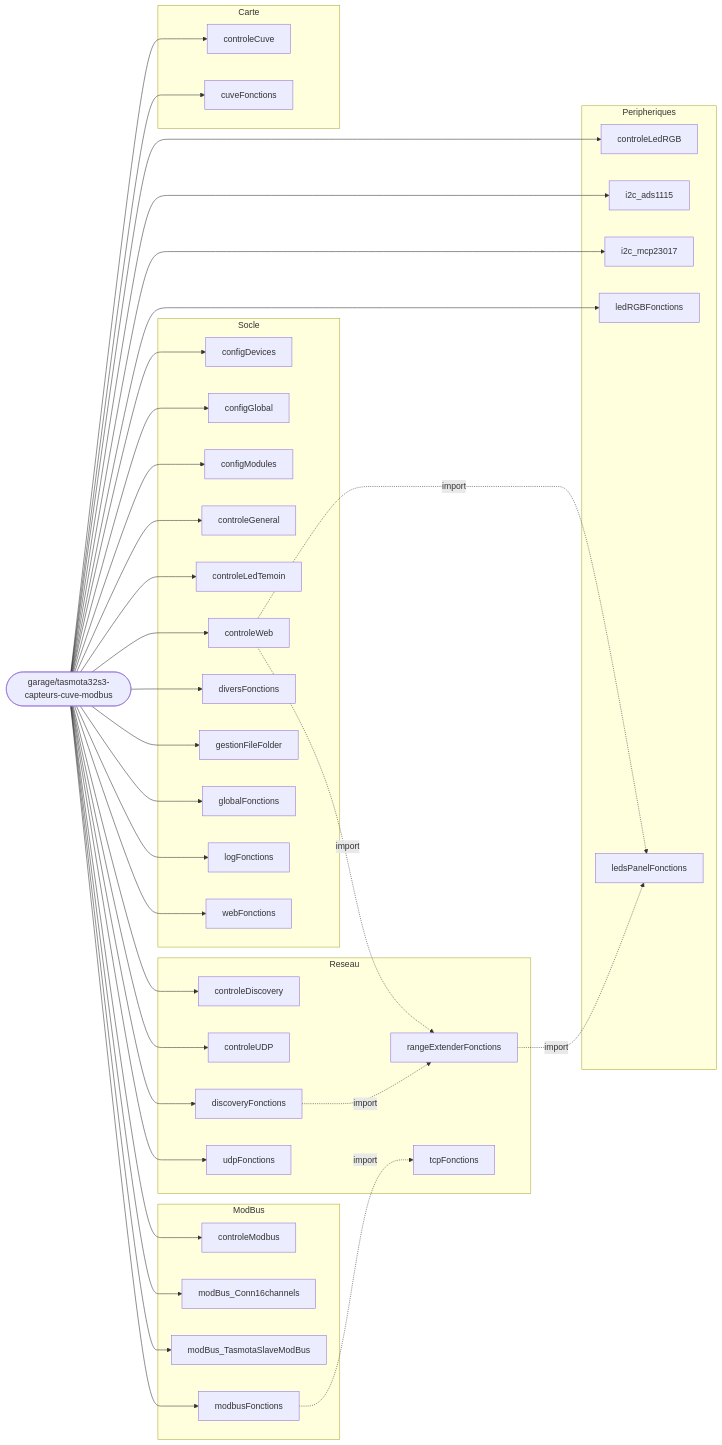
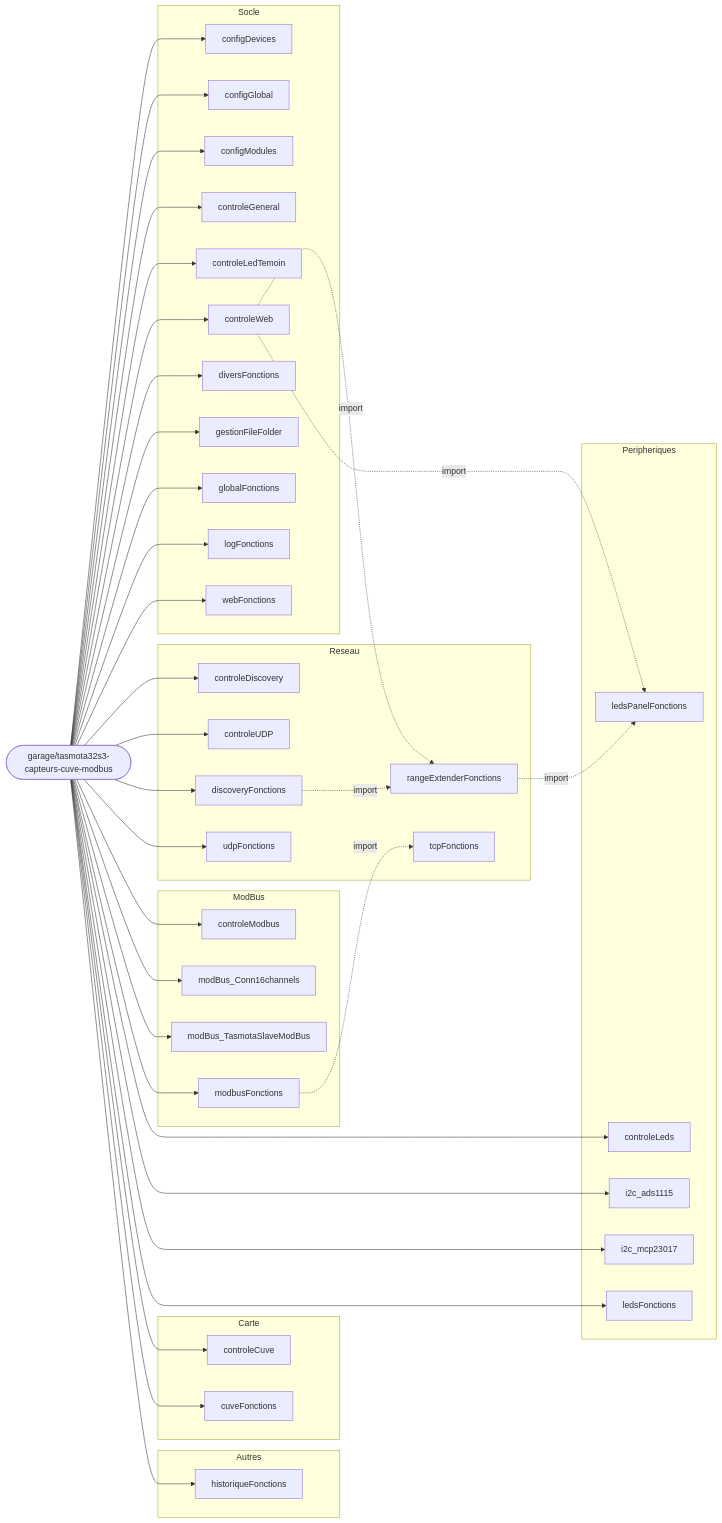
Before and after one commit to fdaubercy/Tasmota: the sixth of 8 diagrams in outils_docs/CARTE_MODULES_BERRY.md, drawn with Mermaid. The commit also changed other lines of this file and 11 other files, not shown here.

First line of the commit message:
refactor: module LED RGB renomme ledsFonctions / controleLeds

````diff
--- a/outils_docs/CARTE_MODULES_BERRY.md
+++ b/outils_docs/CARTE_MODULES_BERRY.md
@@ -461,72 +480,76 @@
 ```mermaid
 flowchart LR
     CARTE(["garage/tasmota32s3-capteurs-cuve-modbus"])
     subgraph g_Socle["Socle"]
         m_configDevices["configDevices"]
         m_configGlobal["configGlobal"]
         m_configModules["configModules"]
         m_controleGeneral["controleGeneral"]
         m_controleLedTemoin["controleLedTemoin"]
         m_controleWeb["controleWeb"]
         m_diversFonctions["diversFonctions"]
         m_gestionFileFolder["gestionFileFolder"]
         m_globalFonctions["globalFonctions"]
         m_logFonctions["logFonctions"]
         m_webFonctions["webFonctions"]
     end
     subgraph g_Reseau["Reseau"]
         m_controleDiscovery["controleDiscovery"]
         m_controleUDP["controleUDP"]
         m_discoveryFonctions["discoveryFonctions"]
         m_rangeExtenderFonctions["rangeExtenderFonctions"]
         m_tcpFonctions["tcpFonctions"]
         m_udpFonctions["udpFonctions"]
     end
     subgraph g_ModBus["ModBus"]
         m_controleModbus["controleModbus"]
         m_modBus_Conn16channels["modBus_Conn16channels"]
         m_modBus_TasmotaSlaveModBus["modBus_TasmotaSlaveModBus"]
         m_modbusFonctions["modbusFonctions"]
     end
     subgraph g_Peripheriques["Peripheriques"]
-        m_controleLedRGB["controleLedRGB"]
+        m_controleLeds["controleLeds"]
         m_i2c_ads1115["i2c_ads1115"]
         m_i2c_mcp23017["i2c_mcp23017"]
-        m_ledRGBFonctions["ledRGBFonctions"]
+        m_ledsFonctions["ledsFonctions"]
         m_ledsPanelFonctions["ledsPanelFonctions"]
     end
     subgraph g_Carte["Carte"]
         m_controleCuve["controleCuve"]
         m_cuveFonctions["cuveFonctions"]
+    end
+    subgraph g_Autres["Autres"]
+        m_historiqueFonctions["historiqueFonctions"]
     end
     CARTE --> m_configDevices
     CARTE --> m_configGlobal
     CARTE --> m_configModules
     CARTE --> m_controleGeneral
     CARTE --> m_controleLedTemoin
     CARTE --> m_controleWeb
     CARTE --> m_diversFonctions
     CARTE --> m_gestionFileFolder
     CARTE --> m_globalFonctions
     CARTE --> m_logFonctions
     CARTE --> m_webFonctions
     CARTE --> m_controleDiscovery
     CARTE --> m_controleUDP
     CARTE --> m_discoveryFonctions
     m_controleWeb -.->|import| m_rangeExtenderFonctions
     m_discoveryFonctions -.->|import| m_rangeExtenderFonctions
     m_modbusFonctions -.->|import| m_tcpFonctions
     CARTE --> m_udpFonctions
     CARTE --> m_controleModbus
     CARTE --> m_modBus_Conn16channels
     CARTE --> m_modBus_TasmotaSlaveModBus
     CARTE --> m_modbusFonctions
-    CARTE --> m_controleLedRGB
+    CARTE --> m_controleLeds
     CARTE --> m_i2c_ads1115
     CARTE --> m_i2c_mcp23017
-    CARTE --> m_ledRGBFonctions
+    CARTE --> m_ledsFonctions
+    m_rangeExtenderFonctions -.->|import| m_ledsPanelFonctions
     m_controleWeb -.->|import| m_ledsPanelFonctions
-    m_rangeExtenderFonctions -.->|import| m_ledsPanelFonctions
     CARTE --> m_controleCuve
     CARTE --> m_cuveFonctions
+    CARTE --> m_historiqueFonctions
 ```
````
